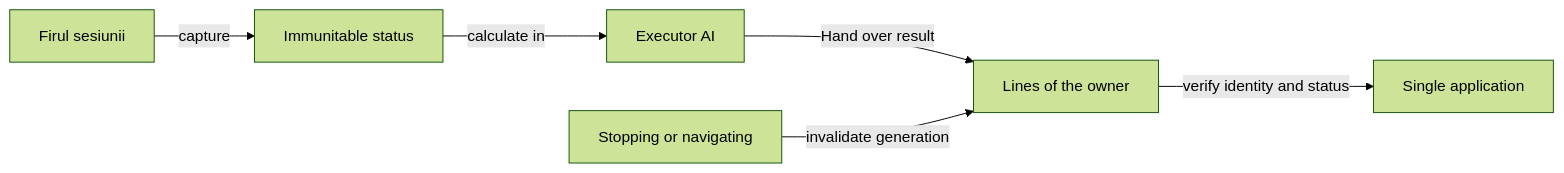
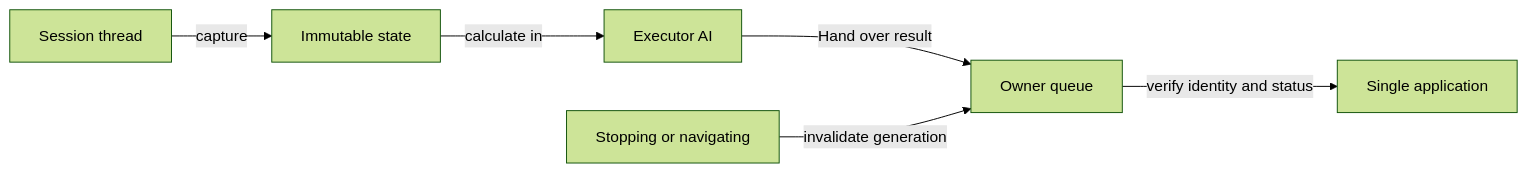
Before and after one commit to crististefanita/atf_j4: the fourth of 4 diagrams in whist-lab-app/app/src/main/java/ro/whistlab/app/README.md, drawn with Mermaid (forest theme). The commit also changed other lines of this file and 126 other files, not shown here.

````diff
--- a/whist-lab-app/app/src/main/java/ro/whistlab/app/README.md
+++ b/whist-lab-app/app/src/main/java/ro/whistlab/app/README.md
@@ -230,8 +230,8 @@
 ```mermaid
 flowchart LR
-    OWNER[Firul sesiunii] -->|capture| SNAP[Immunitable status]
+    OWNER[Session thread] -->|capture| SNAP[Immutable state]
     SNAP -->|calculate in| WORKER[Executor AI]
-    WORKER -->|Hand over result| QUEUE[Lines of the owner]
+    WORKER -->|Hand over result| QUEUE[Owner queue]
     QUEUE -->|verify identity and status| APPLY[Single application]
     STOP[Stopping or navigating] -->|invalidate generation| QUEUE
 ```
````
